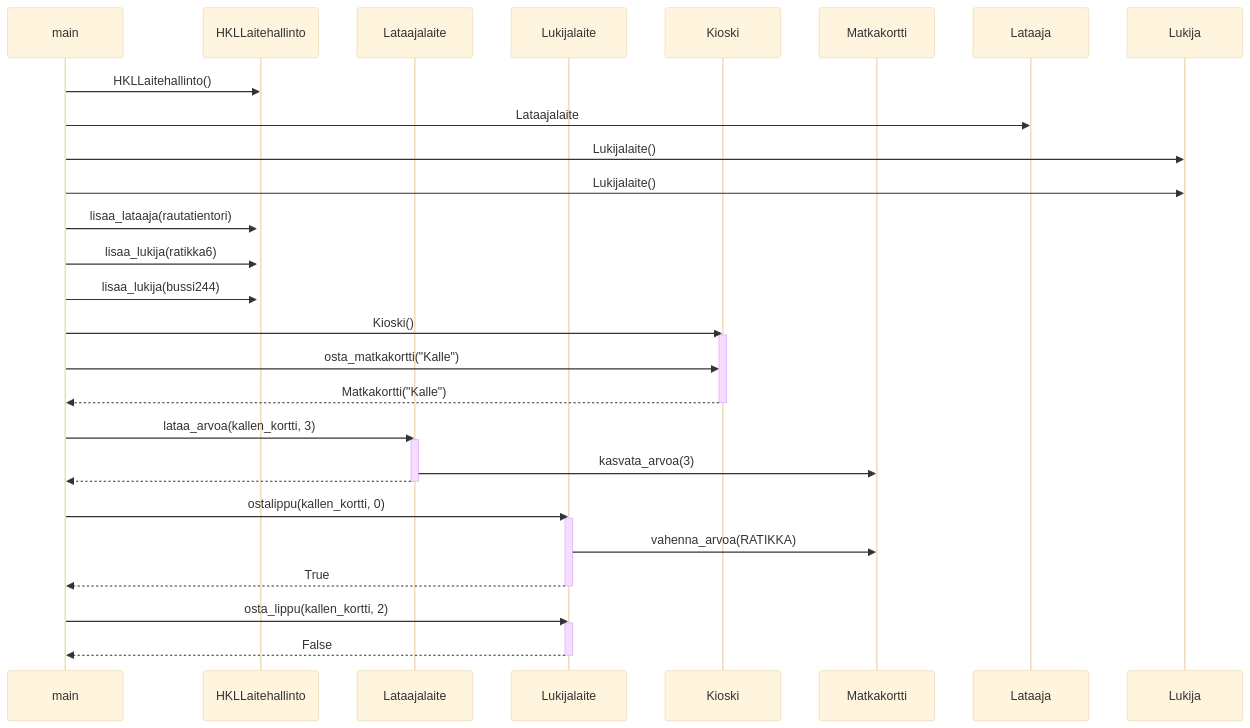
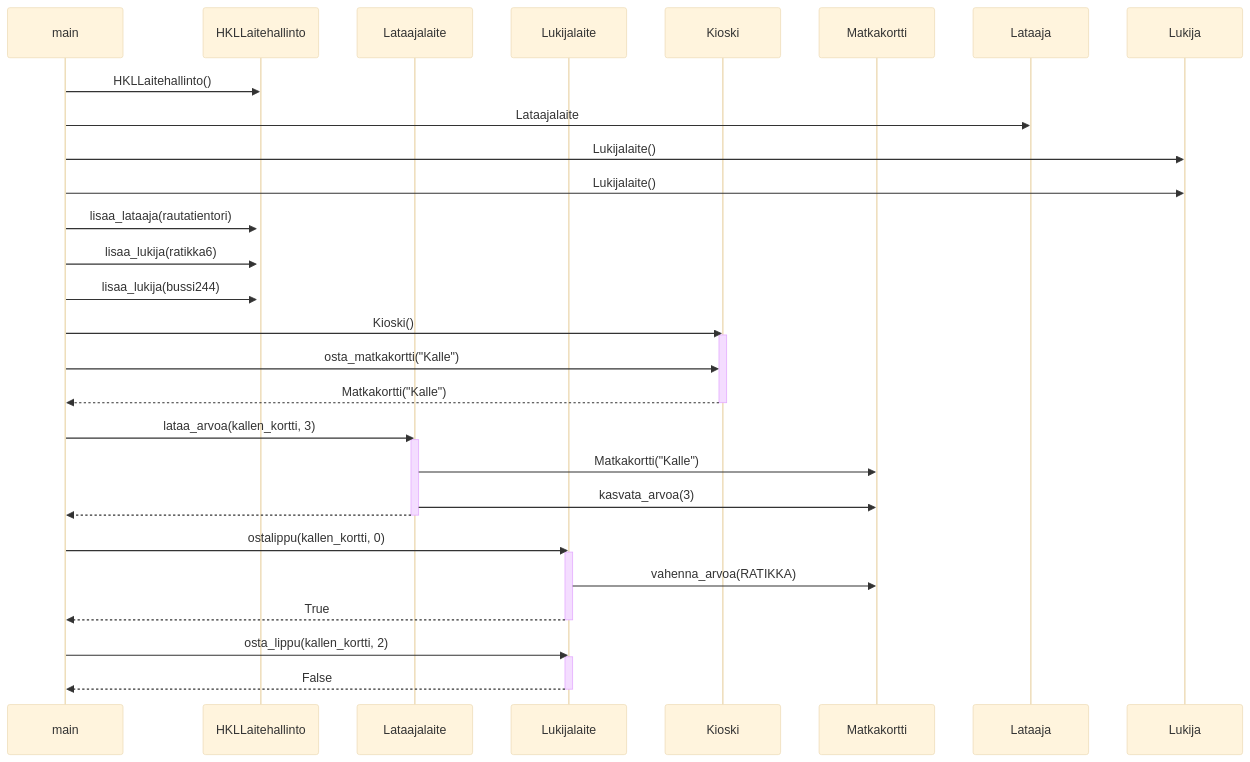
The diagram in laskarit/viikko3/laajempi_sekvenssikaavio.md (brotholi/ot-harjoitustyo), drawn with Mermaid (base theme) before and after one commit.

````diff
--- a/laskarit/viikko3/laajempi_sekvenssikaavio.md
+++ b/laskarit/viikko3/laajempi_sekvenssikaavio.md
@@ -3,45 +3,46 @@
 ```mermaid
 sequenceDiagram
   participant main
   participant HKLLaitehallinto
   participant Lataajalaite
   participant Lukijalaite
   participant Kioski
   participant Matkakortti
   
   main->>HKLLaitehallinto: HKLLaitehallinto()
   activate HKLLaitehallinto
   main->>Lataaja: Lataajalaite
   main->>Lukija: Lukijalaite()
   main->>Lukija: Lukijalaite()
  
   main->>HKLLaitehallinto: lisaa_lataaja(rautatientori)
   main->>HKLLaitehallinto: lisaa_lukija(ratikka6)
   main->>HKLLaitehallinto: lisaa_lukija(bussi244)
   
   main->>Kioski: Kioski()
   activate Kioski
   main->>Kioski: osta_matkakortti("Kalle")
   Kioski-->>main: Matkakortti("Kalle")
   deactivate Kioski
   
   main->>Lataajalaite: lataa_arvoa(kallen_kortti, 3)
   activate Lataajalaite
+  Lataajalaite->>Matkakortti: Matkakortti("Kalle")
   Lataajalaite->>Matkakortti: kasvata_arvoa(3)
   Lataajalaite-->>main:   
   deactivate Lataajalaite
   
   
   main->>Lukijalaite: ostalippu(kallen_kortti, 0)
   activate Lukijalaite
   Lukijalaite->>Matkakortti: vahenna_arvoa(RATIKKA)
   Lukijalaite-->>main: True
   deactivate Lukijalaite
   
   main->>Lukijalaite: osta_lippu(kallen_kortti, 2)
   activate Lukijalaite
   Lukijalaite-->>main: False
   deactivate Lukijalaite
   
   
   ```
````
